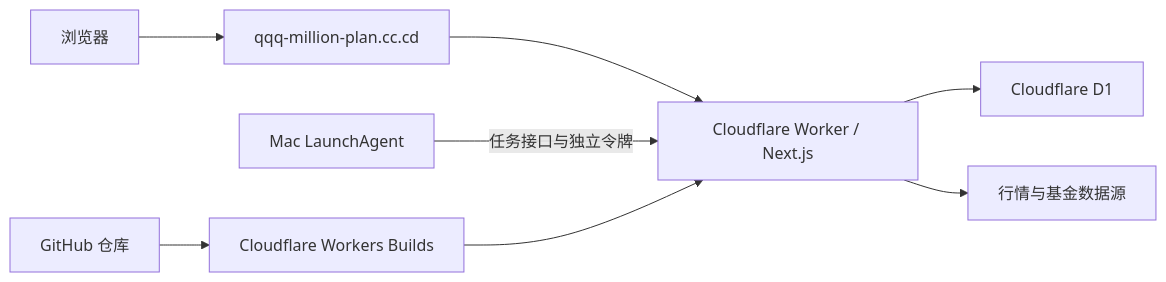
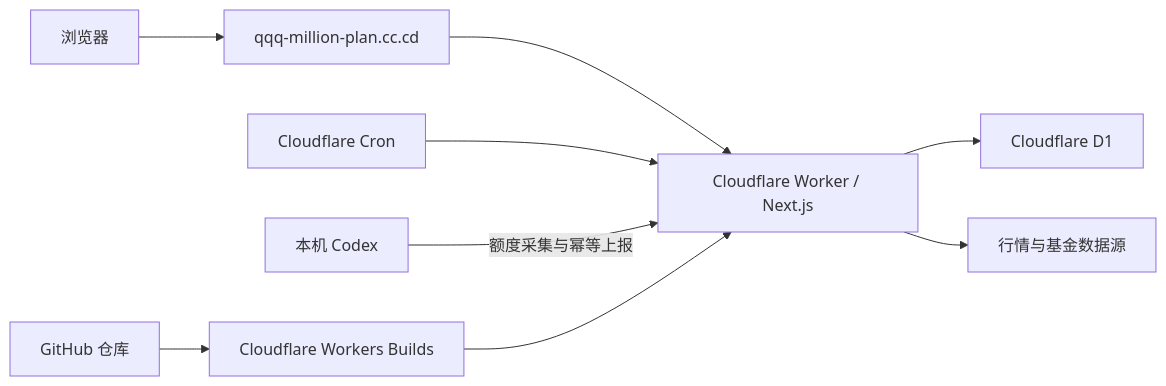
The diagram in docs/deployment-options.md (wxxiao6/qqq-million-plan), drawn with Mermaid before and after one commit. The commit also changed other lines of this file and 85 other files, not shown here.

````diff
--- a/docs/deployment-options.md
+++ b/docs/deployment-options.md
@@ -70,10 +67,11 @@
 ```mermaid
 flowchart LR
   Browser[浏览器] --> Domain[qqq-million-plan.cc.cd]
   Domain --> Worker[Cloudflare Worker / Next.js]
   Worker --> D1[Cloudflare D1]
-  Mac[Mac LaunchAgent] -->|任务接口与独立令牌| Worker
+  Cron[Cloudflare Cron] --> Worker
+  Mac[本机 Codex] -->|额度采集与幂等上报| Worker
   Worker --> Source[行情与基金数据源]
   GitHub[GitHub 仓库] --> Builds[Cloudflare Workers Builds]
   Builds --> Worker
 ```
````
